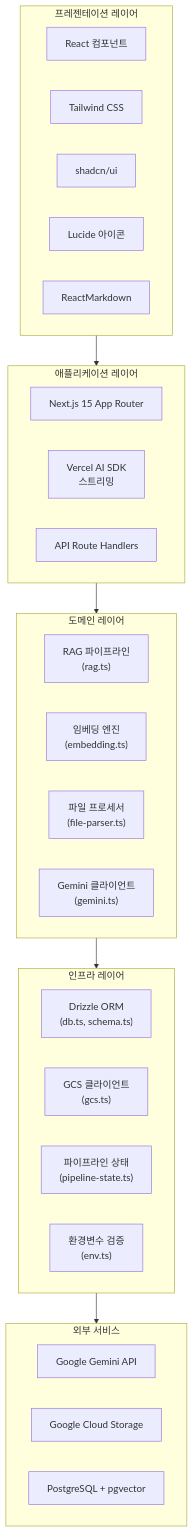
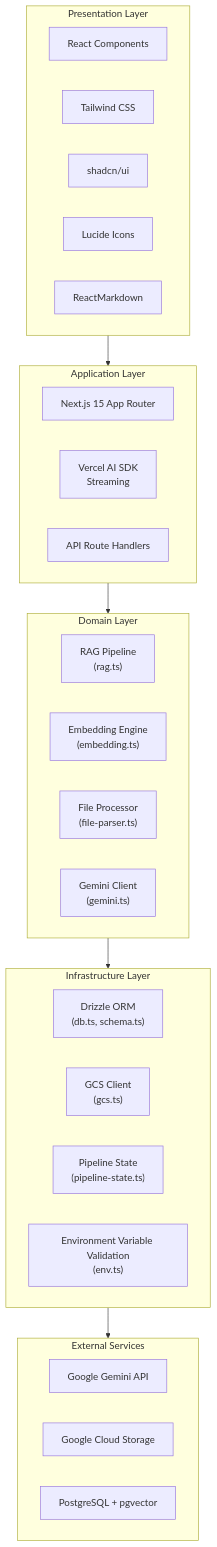
Before and after one commit to midasol/gemini-embedding-2: the second of 12 diagrams in docs/ko/ARCHITECTURE.md, drawn with Mermaid. The commit also changed other lines of this file and 17 other files, not shown here.

````diff
--- a/docs/ko/ARCHITECTURE.md
+++ b/docs/ko/ARCHITECTURE.md
@@ -70,41 +70,41 @@
 ```mermaid
 graph TB
-    subgraph Presentation["프레젠테이션 레이어"]
-        React["React 컴포넌트"]
+    subgraph Presentation["Presentation Layer"]
+        React["React Components"]
         Tailwind["Tailwind CSS"]
         ShadcnUI["shadcn/ui"]
-        Lucide["Lucide 아이콘"]
+        Lucide["Lucide Icons"]
         ReactMD["ReactMarkdown"]
     end
 
-    subgraph Application["애플리케이션 레이어"]
+    subgraph Application["Application Layer"]
         NextApp["Next.js 15 App Router"]
-        VercelAI["Vercel AI SDK<br/>스트리밍"]
+        VercelAI["Vercel AI SDK<br/>Streaming"]
         APIRoutes["API Route Handlers"]
     end
 
-    subgraph Domain["도메인 레이어"]
-        RAGPipeline["RAG 파이프라인<br/>(rag.ts)"]
-        EmbeddingEngine["임베딩 엔진<br/>(embedding.ts)"]
-        FileProcessor["파일 프로세서<br/>(file-parser.ts)"]
-        GeminiSDK["Gemini 클라이언트<br/>(gemini.ts)"]
+    subgraph Domain["Domain Layer"]
+        RAGPipeline["RAG Pipeline<br/>(rag.ts)"]
+        EmbeddingEngine["Embedding Engine<br/>(embedding.ts)"]
+        FileProcessor["File Processor<br/>(file-parser.ts)"]
+        GeminiSDK["Gemini Client<br/>(gemini.ts)"]
     end
 
-    subgraph Infrastructure["인프라 레이어"]
+    subgraph Infrastructure["Infrastructure Layer"]
         DrizzleORM["Drizzle ORM<br/>(db.ts, schema.ts)"]
-        GCSClient["GCS 클라이언트<br/>(gcs.ts)"]
-        PipelineMgr["파이프라인 상태<br/>(pipeline-state.ts)"]
-        EnvConfig["환경변수 검증<br/>(env.ts)"]
+        GCSClient["GCS Client<br/>(gcs.ts)"]
+        PipelineMgr["Pipeline State<br/>(pipeline-state.ts)"]
+        EnvConfig["Environment Variable Validation<br/>(env.ts)"]
     end
 
-    subgraph External["외부 서비스"]
+    subgraph External["External Services"]
         GeminiAPI["Google Gemini API"]
         GCSService["Google Cloud Storage"]
         PostgreSQL["PostgreSQL + pgvector"]
     end
 
     Presentation --> Application
     Application --> Domain
     Domain --> Infrastructure
     Infrastructure --> External
 ```
````
